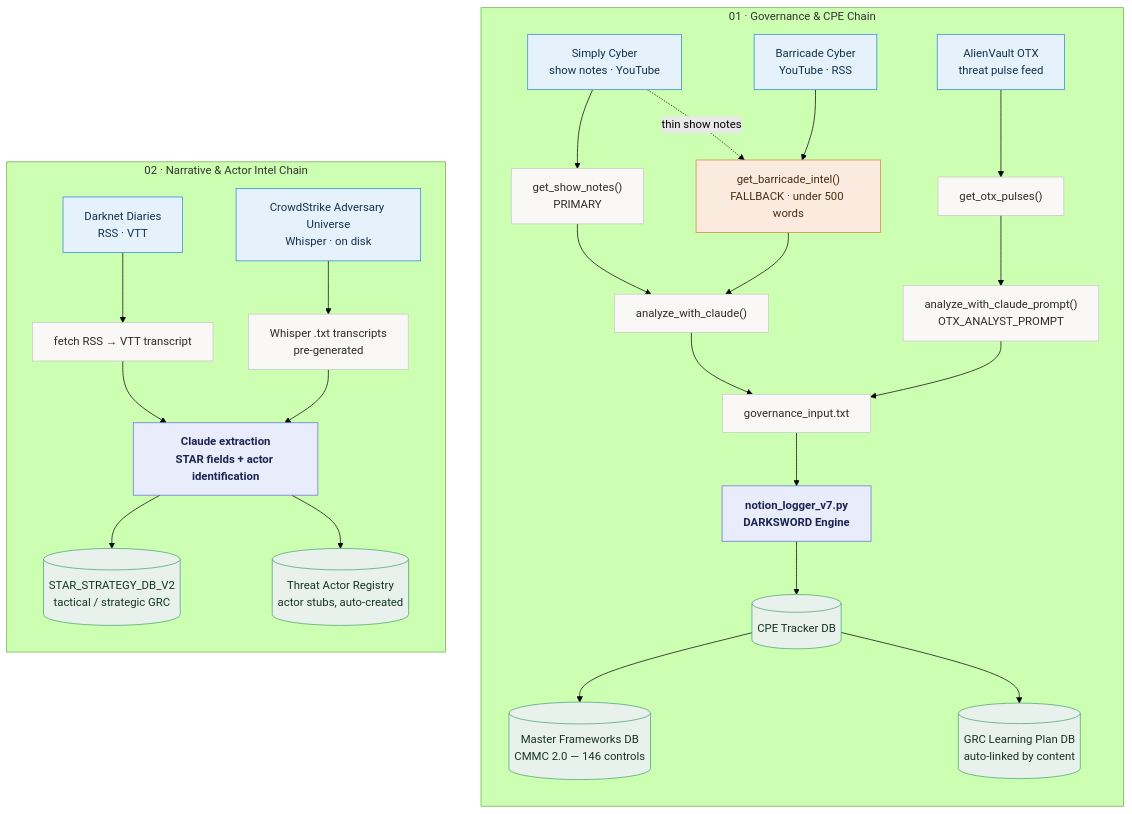
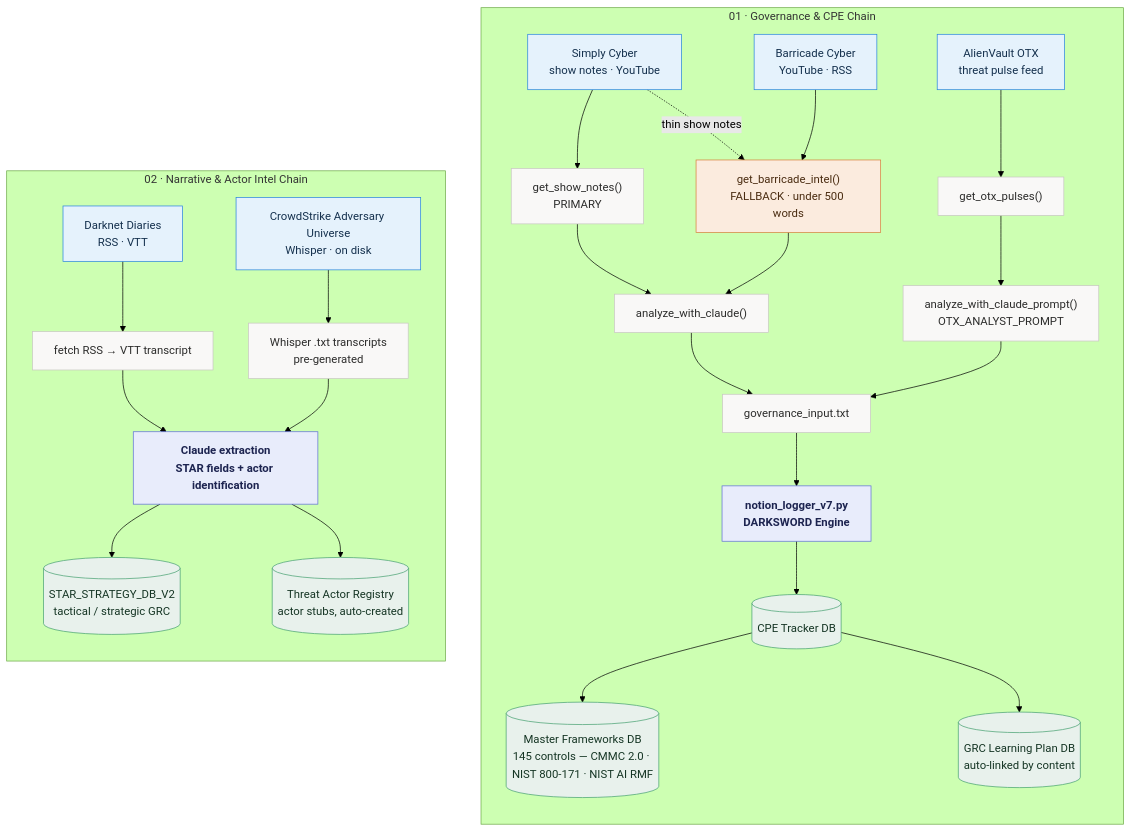
One commit to tmon3ygrc-sentinel/cpe-logger changed the diagram in README.md. Above: the diagram before and after it, drawn with Mermaid (forest theme). The commit also changed other lines of this file and 1 other file, not shown here.

First line of the commit message:
docs+fix: reconcile CMMC control count (146 -> 145) and fix misleading cache-load print

````diff
--- a/README.md
+++ b/README.md
@@ -31,70 +31,70 @@
 ```mermaid
 flowchart TD
 
 %% ---------- 01 GOVERNANCE & CPE CHAIN ----------
 subgraph P1["01 · Governance &amp; CPE Chain"]
   direction TB
   SC["Simply Cyber<br/>show notes · YouTube"]
   OTX["AlienVault OTX<br/>threat pulse feed"]
   BC["Barricade Cyber<br/>YouTube · RSS"]
 
   SN["get_show_notes()<br/>PRIMARY"]
   BI["get_barricade_intel()<br/>FALLBACK · under 500 words"]
   OP["get_otx_pulses()"]
 
   AC["analyze_with_claude()"]
   ACP["analyze_with_claude_prompt()<br/>OTX_ANALYST_PROMPT"]
 
   GI["governance_input.txt"]
   ENG["notion_logger_v7.py<br/>DARKSWORD Engine"]
 
   CPE[("CPE Tracker DB")]
-  MF[("Master Frameworks DB<br/>CMMC 2.0 — 146 controls")]
+  MF[("Master Frameworks DB<br/>145 controls — CMMC 2.0 · NIST 800-171 · NIST AI RMF")]
   GRC[("GRC Learning Plan DB<br/>auto-linked by content")]
 
   SC --> SN
   SC -.->|thin show notes| BI
   BC --> BI
   SN --> AC
   BI --> AC
   OTX --> OP --> ACP
   AC --> GI
   ACP --> GI
   GI --> ENG --> CPE
   CPE --> MF
   CPE --> GRC
 end
 
 %% ---------- 02 NARRATIVE & ACTOR INTEL CHAIN ----------
 subgraph P2["02 · Narrative &amp; Actor Intel Chain"]
   direction TB
   DD["Darknet Diaries<br/>RSS · VTT"]
   CSA["CrowdStrike Adversary Universe<br/>Whisper · on disk"]
 
   DDT["fetch RSS → VTT transcript"]
   CST["Whisper .txt transcripts<br/>pre-generated"]
 
   EX["Claude extraction<br/>STAR fields + actor identification"]
 
   STAR[("STAR_STRATEGY_DB_V2<br/>tactical / strategic GRC")]
   TAR[("Threat Actor Registry<br/>actor stubs, auto-created")]
 
   DD --> DDT --> EX
   CSA --> CST --> EX
   EX --> STAR
   EX --> TAR
 end
 
 %% ---------- STYLING ----------
 classDef source fill:#E5F2FC,stroke:#2783DE,color:#14304d;
 classDef step fill:#F9F8F7,stroke:#C9C7C3,color:#2C2C2B;
 classDef engine fill:#E8ECFB,stroke:#5E6FD6,color:#1d2450,font-weight:bold;
 classDef db fill:#E8F1EC,stroke:#46A171,color:#153524;
 classDef fallback fill:#FBEBDE,stroke:#D5803B,color:#4a2c11;
 
 class SC,OTX,BC,DD,CSA source;
 class SN,OP,AC,ACP,GI,DDT,CST step;
 class BI fallback;
 class ENG,EX engine;
 class CPE,MF,GRC,STAR,TAR db;
 ```
````
